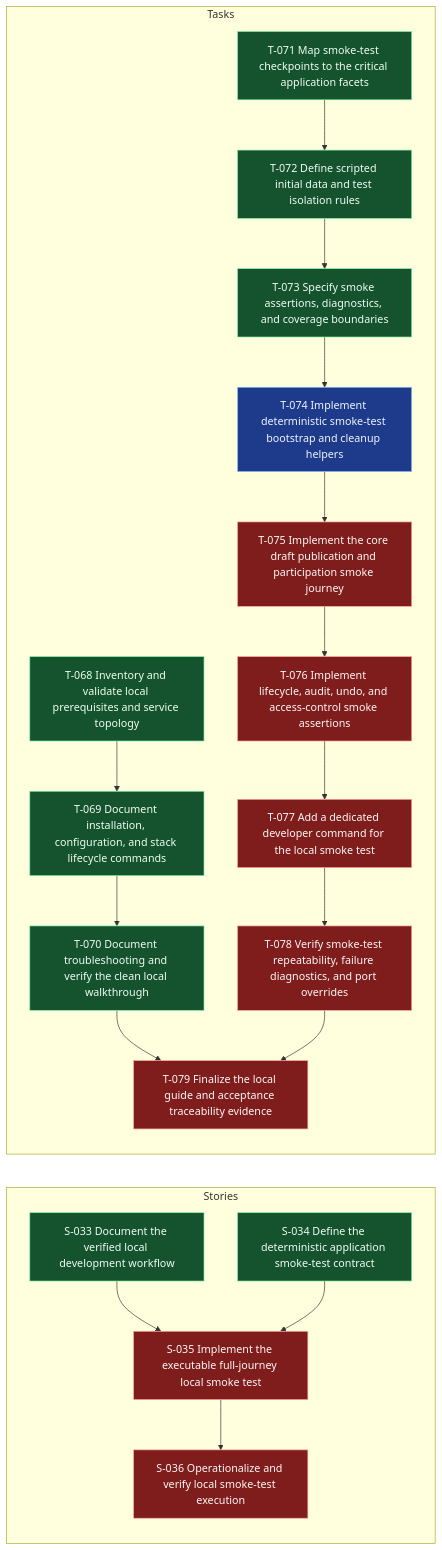
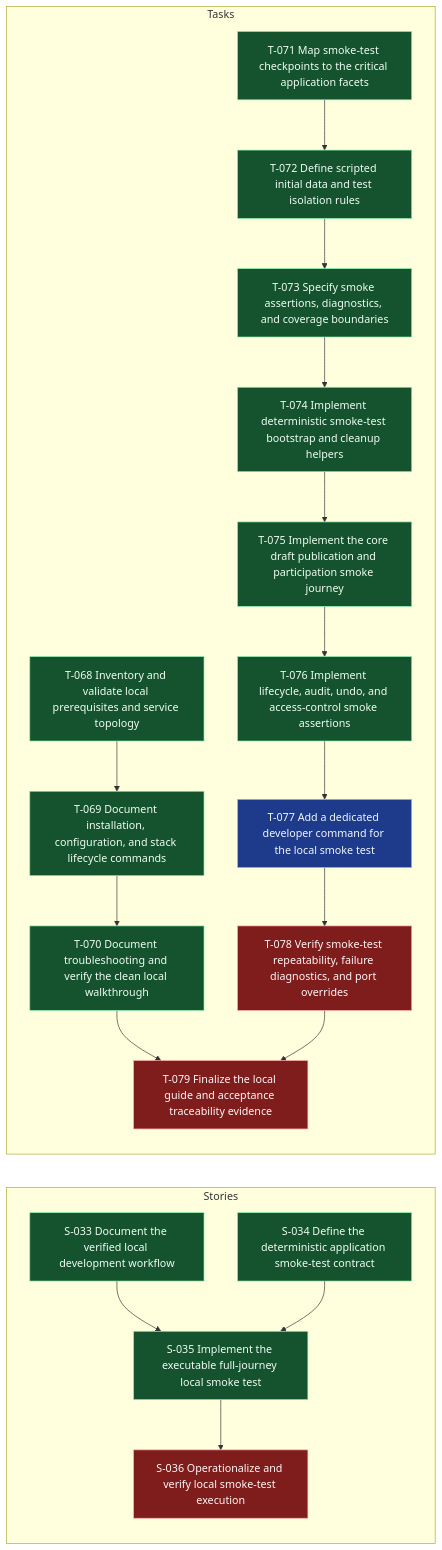
The diagram in .worktracker/graphs/E-010.mmd (andybalham/invite-agent), drawn with Mermaid before and after one commit. The commit also changed 13 other files, not shown here.

```diff
--- a/.worktracker/graphs/E-010.mmd
+++ b/.worktracker/graphs/E-010.mmd
@@ -1,56 +1,56 @@
 graph LR
   classDef done fill:#14532d,stroke:#86efac,color:#f0fdf4;
   classDef blocked fill:#7f1d1d,stroke:#fca5a5,color:#fff7f7;
   classDef inprogress fill:#78350f,stroke:#fbbf24,color:#fffbeb;
   classDef todo fill:#1e3a8a,stroke:#93c5fd,color:#eff6ff;
   classDef empty fill:#374151,stroke:#d1d5db,color:#f9fafb,stroke-dasharray: 3 3;
   subgraph Stories
     S033["S-033 Document the verified local development workflow"]:::done
     S034["S-034 Define the deterministic application smoke-test contract"]:::done
-    S035["S-035 Implement the executable full-journey local smoke test"]:::blocked
+    S035["S-035 Implement the executable full-journey local smoke test"]:::done
     S036["S-036 Operationalize and verify local smoke-test execution"]:::blocked
     S033 --> S035
     S034 --> S035
     S035 --> S036
   end
   subgraph Tasks
     T068["T-068 Inventory and validate local prerequisites and service topology"]:::done
     T069["T-069 Document installation, configuration, and stack lifecycle commands"]:::done
     T070["T-070 Document troubleshooting and verify the clean local walkthrough"]:::done
     T071["T-071 Map smoke-test checkpoints to the critical application facets"]:::done
     T072["T-072 Define scripted initial data and test isolation rules"]:::done
     T073["T-073 Specify smoke assertions, diagnostics, and coverage boundaries"]:::done
-    T074["T-074 Implement deterministic smoke-test bootstrap and cleanup helpers"]:::todo
-    T075["T-075 Implement the core draft publication and participation smoke journey"]:::blocked
-    T076["T-076 Implement lifecycle, audit, undo, and access-control smoke assertions"]:::blocked
-    T077["T-077 Add a dedicated developer command for the local smoke test"]:::blocked
+    T074["T-074 Implement deterministic smoke-test bootstrap and cleanup helpers"]:::done
+    T075["T-075 Implement the core draft publication and participation smoke journey"]:::done
+    T076["T-076 Implement lifecycle, audit, undo, and access-control smoke assertions"]:::done
+    T077["T-077 Add a dedicated developer command for the local smoke test"]:::todo
     T078["T-078 Verify smoke-test repeatability, failure diagnostics, and port overrides"]:::blocked
     T079["T-079 Finalize the local guide and acceptance traceability evidence"]:::blocked
     T068 --> T069
     T069 --> T070
     T070 --> T079
     T071 --> T072
     T072 --> T073
     T073 --> T074
     T074 --> T075
     T075 --> T076
     T076 --> T077
     T077 --> T078
     T078 --> T079
   end
   click S033 "../entities/S-033-document-the-verified-local-development-workflow.md"
   click S034 "../entities/S-034-define-the-deterministic-application-smoke-test-contract.md"
   click S035 "../entities/S-035-implement-the-executable-full-journey-local-smoke-test.md"
   click S036 "../entities/S-036-operationalize-and-verify-local-smoke-test-execution.md"
   click T068 "../entities/T-068-inventory-and-validate-local-prerequisites-and-service-topology.md"
   click T069 "../entities/T-069-document-installation-configuration-and-stack-lifecycle-commands.md"
   click T070 "../entities/T-070-document-troubleshooting-and-verify-the-clean-local-walkthrough.md"
   click T071 "../entities/T-071-map-smoke-test-checkpoints-to-the-critical-application-facets.md"
   click T072 "../entities/T-072-define-scripted-initial-data-and-test-isolation-rules.md"
   click T073 "../entities/T-073-specify-smoke-assertions-diagnostics-and-coverage-boundaries.md"
   click T074 "../entities/T-074-implement-deterministic-smoke-test-bootstrap-and-cleanup-helpers.md"
   click T075 "../entities/T-075-implement-the-core-draft-publication-and-participation-smoke-journey.md"
   click T076 "../entities/T-076-implement-lifecycle-audit-undo-and-access-control-smoke-assertions.md"
   click T077 "../entities/T-077-add-a-dedicated-developer-command-for-the-local-smoke-test.md"
   click T078 "../entities/T-078-verify-smoke-test-repeatability-failure-diagnostics-and-port-overrides.md"
   click T079 "../entities/T-079-finalize-the-local-guide-and-acceptance-traceability-evidence.md"
```
